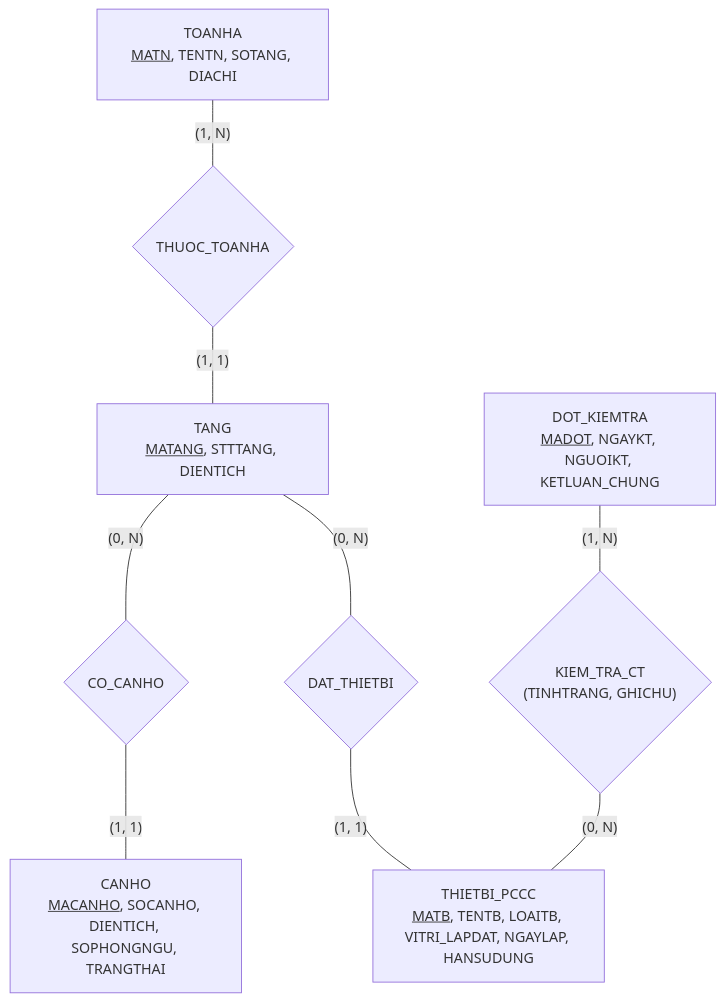
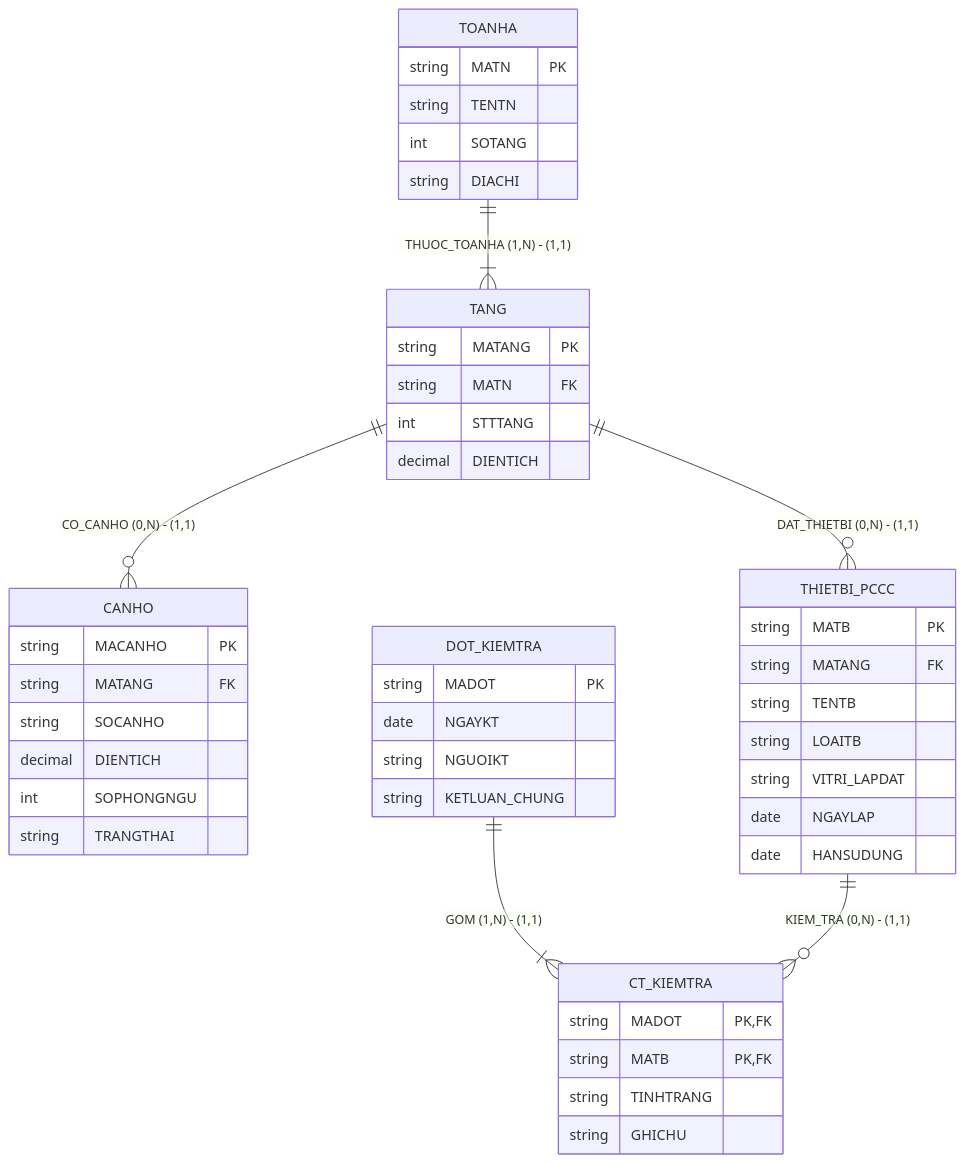
The diagram in exam/gk/mocks/MOCK-02/solution.md (Phuchello/CSDL_UIT), drawn with Mermaid before and after one commit. The commit also changed 30 other files, not shown here.

````diff
--- a/exam/gk/mocks/MOCK-02/solution.md
+++ b/exam/gk/mocks/MOCK-02/solution.md
@@ -45,13 +45,50 @@
 ```mermaid
-flowchart TD
-    TN["TOANHA<br><u>MATN</u>, TENTN, SOTANG, DIACHI"]
-    TANG["TANG<br><u>MATANG</u>, STTTANG, DIENTICH"]
-    CH["CANHO<br><u>MACANHO</u>, SOCANHO, DIENTICH, SOPHONGNGU, TRANGTHAI"]
-    TB["THIETBI_PCCC<br><u>MATB</u>, TENTB, LOAITB, VITRI_LAPDAT, NGAYLAP, HANSUDUNG"]
-    DKT["DOT_KIEMTRA<br><u>MADOT</u>, NGAYKT, NGUOIKT, KETLUAN_CHUNG"]
+erDiagram
+    TOANHA ||--|{ TANG : "THUOC_TOANHA (1,N) - (1,1)"
+    TANG ||--o{ CANHO : "CO_CANHO (0,N) - (1,1)"
+    TANG ||--o{ THIETBI_PCCC : "DAT_THIETBI (0,N) - (1,1)"
+    DOT_KIEMTRA ||--|{ CT_KIEMTRA : "GOM (1,N) - (1,1)"
+    THIETBI_PCCC ||--o{ CT_KIEMTRA : "KIEM_TRA (0,N) - (1,1)"
 
-    TN ---|"(1, N)"| R1{"THUOC_TOANHA"} ---|"(1, 1)"| TANG
-    TANG ---|"(0, N)"| R2{"CO_CANHO"} ---|"(1, 1)"| CH
-    TANG ---|"(0, N)"| R3{"DAT_THIETBI"} ---|"(1, 1)"| TB
-    DKT ---|"(1, N)"| R4{"KIEM_TRA_CT<br>(TINHTRANG, GHICHU)"} ---|"(0, N)"| TB
+    TOANHA {
+        string MATN PK
+        string TENTN
+        int SOTANG
+        string DIACHI
+    }
+    TANG {
+        string MATANG PK
+        string MATN FK
+        int STTTANG
+        decimal DIENTICH
+    }
+    CANHO {
+        string MACANHO PK
+        string MATANG FK
+        string SOCANHO
+        decimal DIENTICH
+        int SOPHONGNGU
+        string TRANGTHAI
+    }
+    THIETBI_PCCC {
+        string MATB PK
+        string MATANG FK
+        string TENTB
+        string LOAITB
+        string VITRI_LAPDAT
+        date NGAYLAP
+        date HANSUDUNG
+    }
+    DOT_KIEMTRA {
+        string MADOT PK
+        date NGAYKT
+        string NGUOIKT
+        string KETLUAN_CHUNG
+    }
+    CT_KIEMTRA {
+        string MADOT PK,FK
+        string MATB PK,FK
+        string TINHTRANG
+        string GHICHU
+    }
 ```
````
